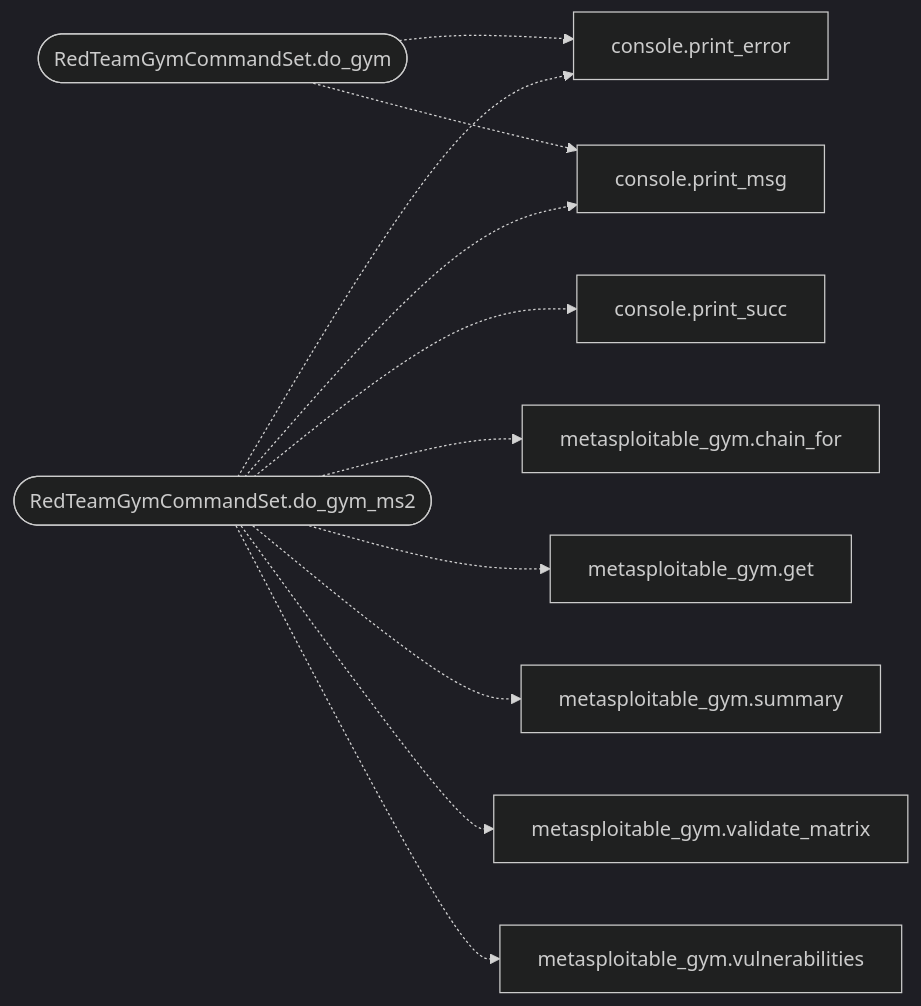
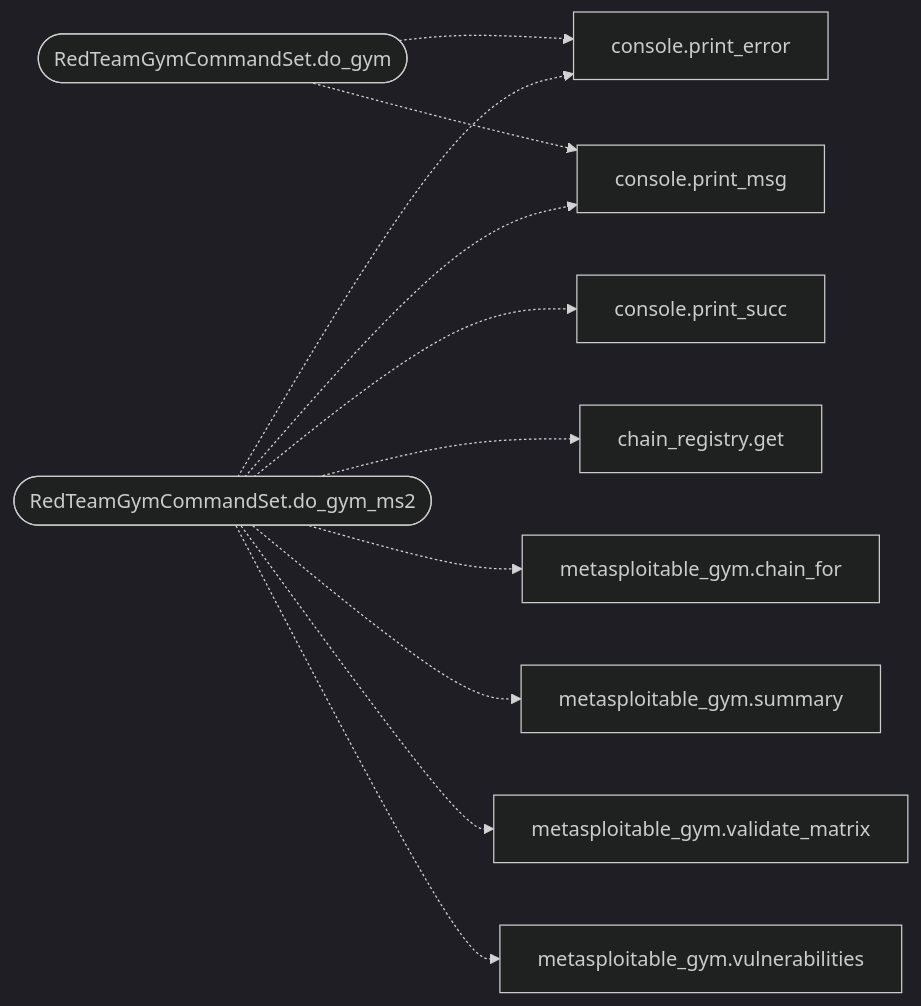
One commit to grisuno/LazyOwn changed the second of 2 diagrams in readmenator-apidocs/modules/cli.commands.redteam_gym.py.md. Above: the diagram before and after it, drawn with Mermaid (dark theme). The commit also changed other lines of this file and 434 other files, not shown here.

````diff
--- a/readmenator-apidocs/modules/cli.commands.redteam_gym.py.md
+++ b/readmenator-apidocs/modules/cli.commands.redteam_gym.py.md
@@ -34,23 +34,23 @@
 ```mermaid
 flowchart LR
     n_cli_commands_redteam_gym_py__RedTeamGymCommandSet_do_gym(["RedTeamGymCommandSet.do_gym"])
     n_core_console_py__print_error["console.print_error"]
     n_core_console_py__print_msg["console.print_msg"]
     n_cli_commands_redteam_gym_py__RedTeamGymCommandSet_do_gym_ms2(["RedTeamGymCommandSet.do_gym_ms2"])
     n_core_console_py__print_succ["console.print_succ"]
+    n_modules_chain_registry_py__get["chain_registry.get"]
     n_modules_metasploitable_gym_py__chain_for["metasploitable_gym.chain_for"]
-    n_modules_metasploitable_gym_py__get["metasploitable_gym.get"]
     n_modules_metasploitable_gym_py__summary["metasploitable_gym.summary"]
     n_modules_metasploitable_gym_py__validate_matrix["metasploitable_gym.validate_matrix"]
     n_modules_metasploitable_gym_py__vulnerabilities["metasploitable_gym.vulnerabilities"]
     n_cli_commands_redteam_gym_py__RedTeamGymCommandSet_do_gym -.-> n_core_console_py__print_error
     n_cli_commands_redteam_gym_py__RedTeamGymCommandSet_do_gym -.-> n_core_console_py__print_msg
     n_cli_commands_redteam_gym_py__RedTeamGymCommandSet_do_gym_ms2 -.-> n_core_console_py__print_error
     n_cli_commands_redteam_gym_py__RedTeamGymCommandSet_do_gym_ms2 -.-> n_core_console_py__print_msg
     n_cli_commands_redteam_gym_py__RedTeamGymCommandSet_do_gym_ms2 -.-> n_core_console_py__print_succ
+    n_cli_commands_redteam_gym_py__RedTeamGymCommandSet_do_gym_ms2 -.-> n_modules_chain_registry_py__get
     n_cli_commands_redteam_gym_py__RedTeamGymCommandSet_do_gym_ms2 -.-> n_modules_metasploitable_gym_py__chain_for
-    n_cli_commands_redteam_gym_py__RedTeamGymCommandSet_do_gym_ms2 -.-> n_modules_metasploitable_gym_py__get
     n_cli_commands_redteam_gym_py__RedTeamGymCommandSet_do_gym_ms2 -.-> n_modules_metasploitable_gym_py__summary
     n_cli_commands_redteam_gym_py__RedTeamGymCommandSet_do_gym_ms2 -.-> n_modules_metasploitable_gym_py__validate_matrix
     n_cli_commands_redteam_gym_py__RedTeamGymCommandSet_do_gym_ms2 -.-> n_modules_metasploitable_gym_py__vulnerabilities
 ```
````
